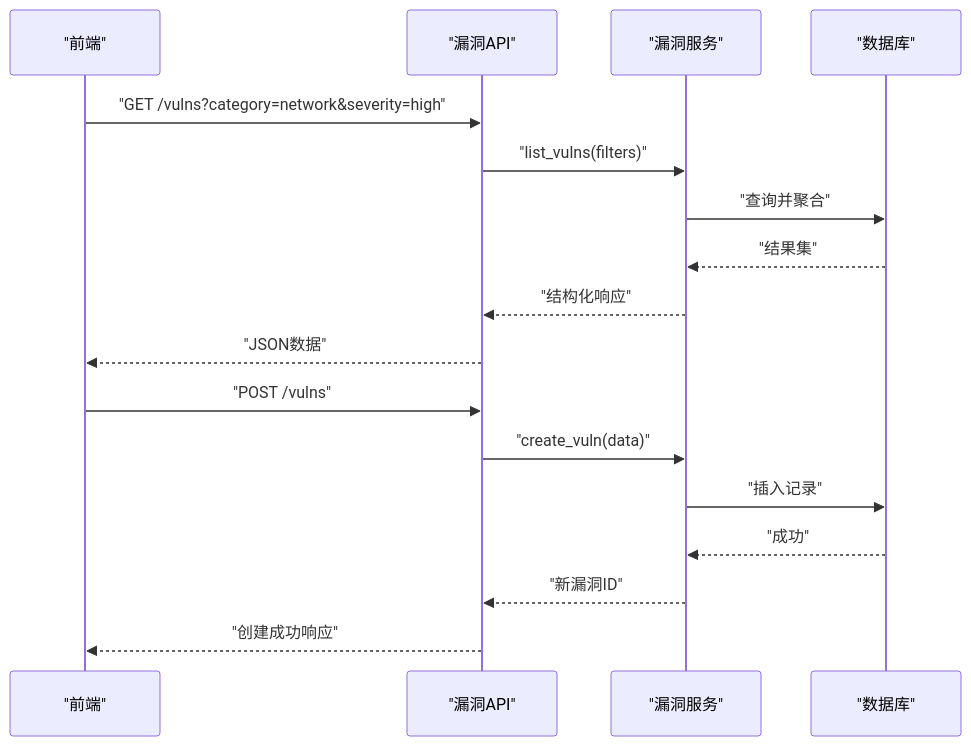
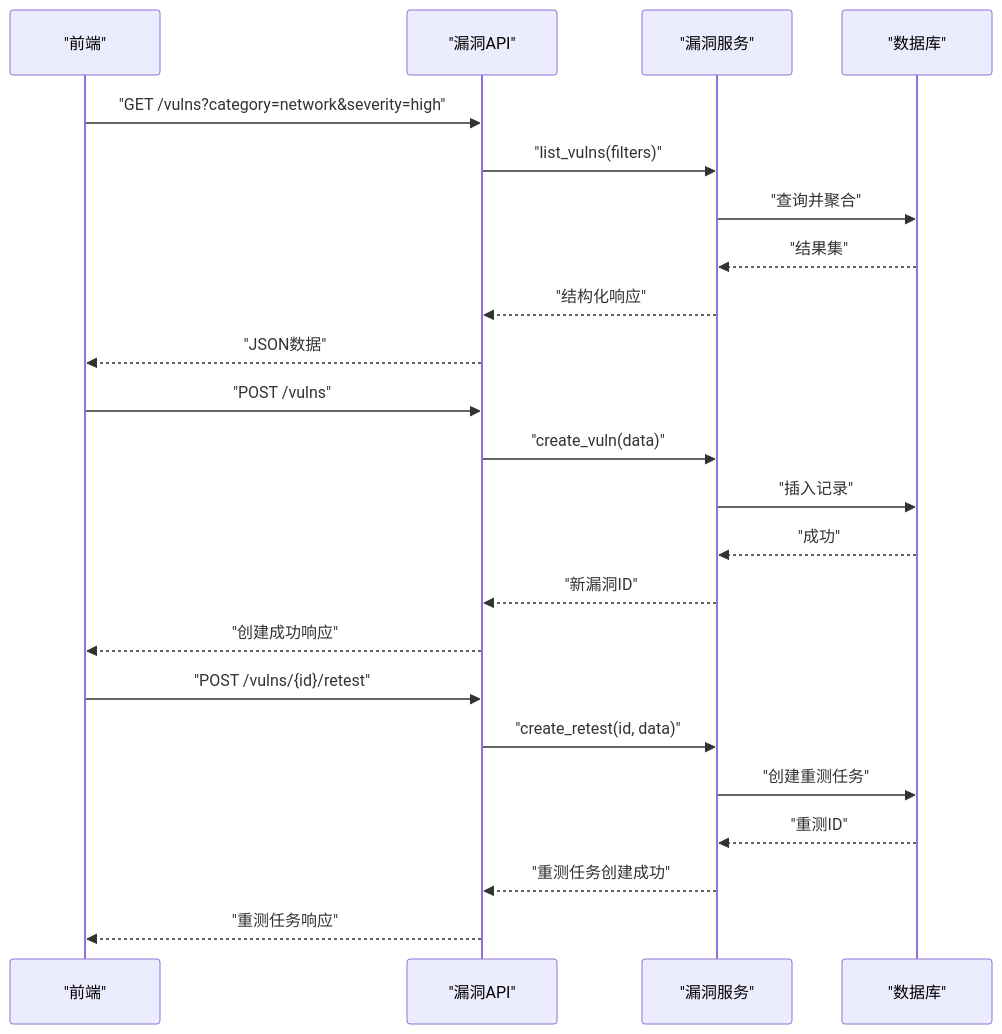
Before and after one commit to vu1Art1st/talos: the ninth of 10 diagrams in .qoder/repowiki/zh/content/业务服务层/漏洞管理服务.md, drawn with Mermaid. The commit also changed other lines of this file and 129 other files, not shown here.

````diff
--- a/.qoder/repowiki/zh/content/业务服务层/漏洞管理服务.md
+++ b/.qoder/repowiki/zh/content/业务服务层/漏洞管理服务.md
@@ -380,19 +447,25 @@
 ```mermaid
 sequenceDiagram
 participant FE as "前端"
 participant API as "漏洞API"
 participant SVC as "漏洞服务"
 participant DB as "数据库"
 FE->>API : "GET /vulns?category=network&severity=high"
 API->>SVC : "list_vulns(filters)"
 SVC->>DB : "查询并聚合"
 DB-->>SVC : "结果集"
 SVC-->>API : "结构化响应"
 API-->>FE : "JSON数据"
 FE->>API : "POST /vulns"
 API->>SVC : "create_vuln(data)"
 SVC->>DB : "插入记录"
 DB-->>SVC : "成功"
 SVC-->>API : "新漏洞ID"
 API-->>FE : "创建成功响应"
+FE->>API : "POST /vulns/{id}/retest"
+API->>SVC : "create_retest(id, data)"
+SVC->>DB : "创建重测任务"
+DB-->>SVC : "重测ID"
+SVC-->>API : "重测任务创建成功"
+API-->>FE : "重测任务响应"
 ```
````
